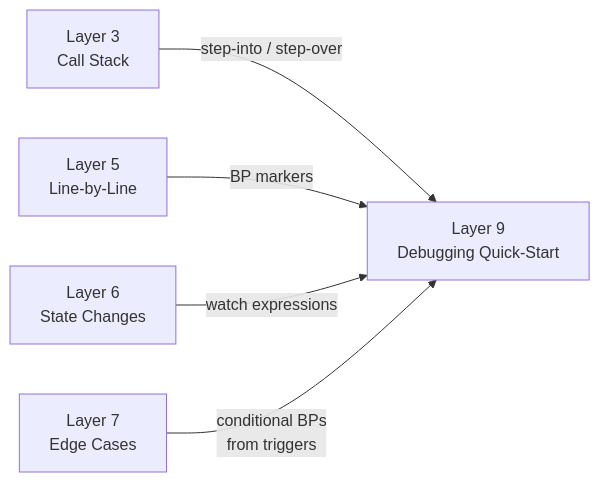
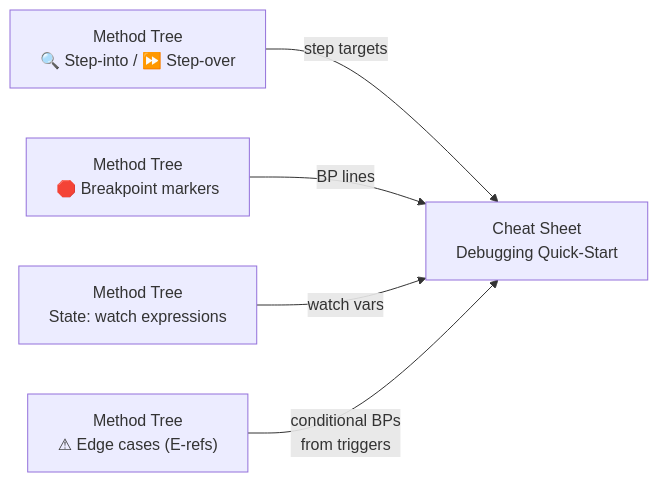
The first of 2 diagrams in .github/prompts/code-analysis-deep-dive.prompt.md (saharshpoddarorg/learning-assistant), drawn with Mermaid before and after one commit. The commit also changed other lines of this file, not shown here.

First line of the commit message:
refactor(deep-dive): Replace 9-layer documentation with 4-phase extraction-first structure

````diff
--- a/.github/prompts/code-analysis-deep-dive.prompt.md
+++ b/.github/prompts/code-analysis-deep-dive.prompt.md
@@ -727,7 +443,7 @@
 ```mermaid
 flowchart LR
-    L3["Layer 3\nCall Stack"] -->|step-into / step-over| QS["Layer 9\nDebugging Quick-Start"]
-    L5["Layer 5\nLine-by-Line"] -->|BP markers| QS
-    L6["Layer 6\nState Changes"] -->|watch expressions| QS
-    L7["Layer 7\nEdge Cases"] -->|conditional BPs\nfrom triggers| QS
+    MT["Method Tree\n🔍 Step-into / ⏩ Step-over"] -->|step targets| QS["Cheat Sheet\nDebugging Quick-Start"]
+    BP["Method Tree\n🛑 Breakpoint markers"] -->|BP lines| QS
+    WE["Method Tree\nState: watch expressions"] -->|watch vars| QS
+    EC["Method Tree\n⚠ Edge cases (E-refs)"] -->|conditional BPs\nfrom triggers| QS
 ```
````
